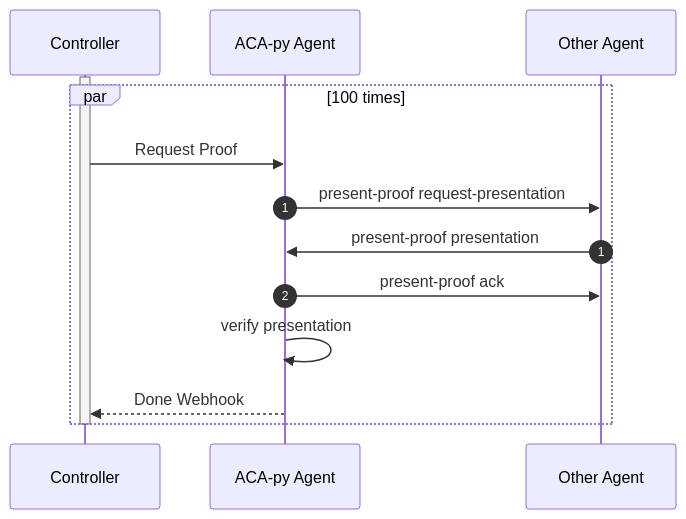
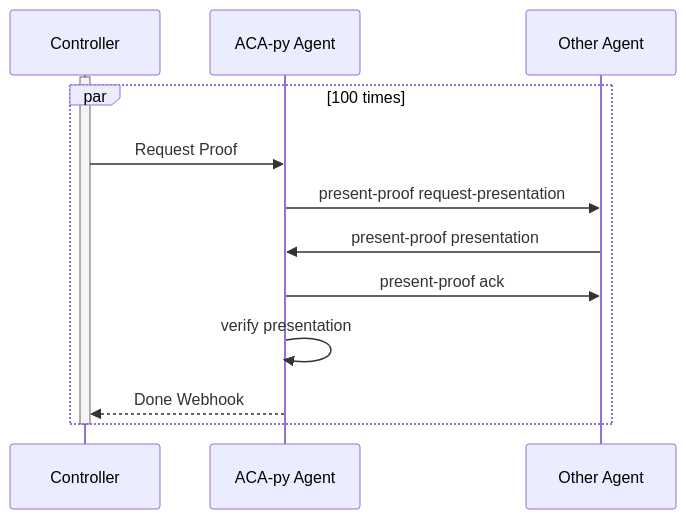
The diagram in diagrams/CredentialPresentation.mmd (antoncuranz/didcomm-on-quic), drawn with Mermaid before and after one commit. The commit also changed 20 other files, not shown here.

```diff
--- a/diagrams/CredentialPresentation.mmd
+++ b/diagrams/CredentialPresentation.mmd
@@ -1,28 +1,25 @@
 sequenceDiagram
     participant controller as Controller
     participant alice as ACA-py Agent
     participant bob as Other Agent
 %%    participant indy as Indy Node
 
     activate controller
     par 100 times
         controller->>alice: Request Proof
-        autonumber 1
         alice->>bob: present-proof request-presentation
-        autonumber 1
         bob->>alice: present-proof presentation
         alice->>bob: present-proof ack
-        autonumber off
 
 %%        opt material not cached
 %%            alice->>indy: retrieve verification material
 %%            indy-->>alice: 
 %%        end
 
         alice->>alice: verify presentation
         
 
     alice-->>controller: Done Webhook
     end
     
     deactivate controller
```
